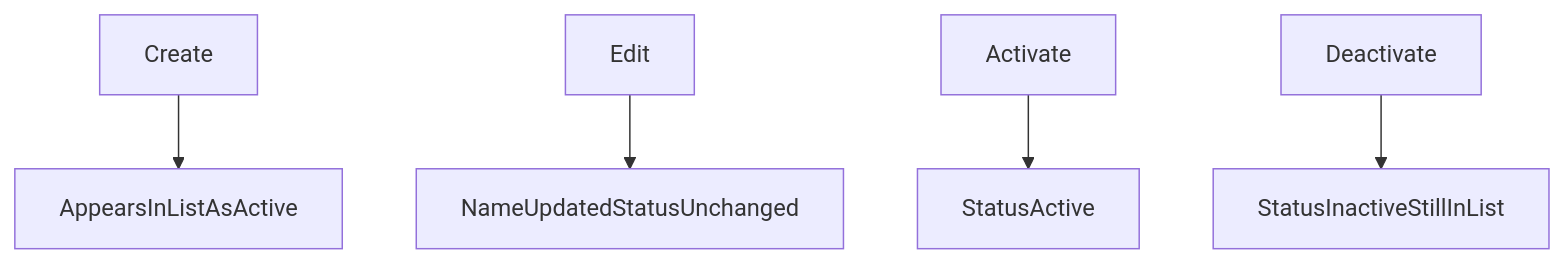
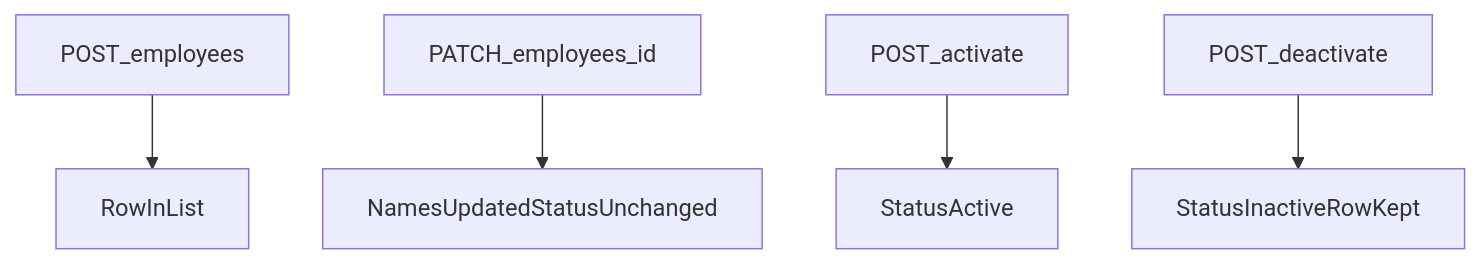
Before and after one commit to somanarayanan-em/flowai-bootcamp-completed: the diagram in solution-design/Experience/business-logic.md, drawn with Mermaid. The commit also changed other lines of this file and 5 other files, not shown here.

````diff
--- a/solution-design/Experience/business-logic.md
+++ b/solution-design/Experience/business-logic.md
@@ -53,11 +101,11 @@
 ```mermaid
 flowchart TD
-  create[Create]
-  edit[Edit]
-  activate[Activate]
-  deactivate[Deactivate]
-  create --> listVisible[AppearsInListAsActive]
-  edit --> nameOnly[NameUpdatedStatusUnchanged]
+  create[POST_employees]
+  edit[PATCH_employees_id]
+  activate[POST_activate]
+  deactivate[POST_deactivate]
+  create --> listVisible[RowInList]
+  edit --> nameOnly[NamesUpdatedStatusUnchanged]
   activate --> statusActive[StatusActive]
-  deactivate --> statusInactive[StatusInactiveStillInList]
+  deactivate --> statusInactive[StatusInactiveRowKept]
 ```
````
